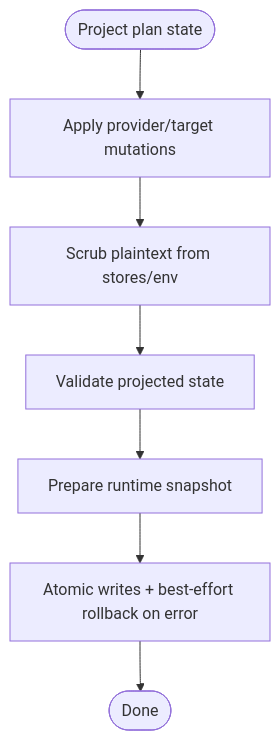
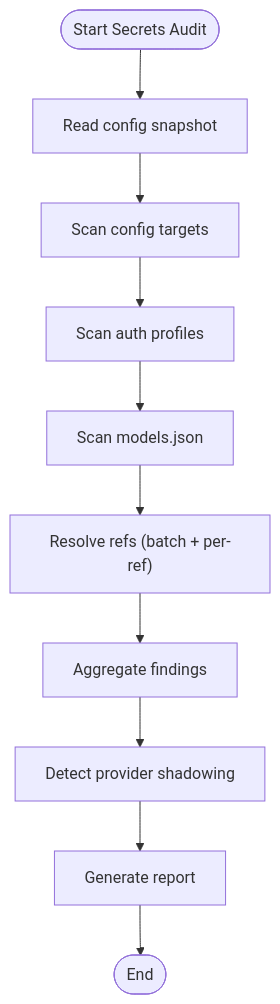
The fifth of 7 diagrams in repowiki/en/content/Configuration Management/Security Configuration.md (botx-work/OpenClaw-Internals), drawn with Mermaid before and after one commit. The commit also changed other lines of this file and 332 other files, not shown here.

````diff
--- a/repowiki/en/content/Configuration Management/Security Configuration.md
+++ b/repowiki/en/content/Configuration Management/Security Configuration.md
@@ -226,9 +240,12 @@
 ```mermaid
 flowchart TD
-PStart(["Project plan state"]) --> Mutate["Apply provider/target mutations"]
-Mutate --> Scrub["Scrub plaintext from stores/env"]
-Scrub --> Validate["Validate projected state"]
-Validate --> Snapshot["Prepare runtime snapshot"]
-Snapshot --> Write["Atomic writes + best-effort rollback on error"]
-Write --> PEnd(["Done"])
+Start(["Start Secrets Audit"]) --> ReadCfg["Read config snapshot"]
+ReadCfg --> ScanCfg["Scan config targets"]
+ScanCfg --> ScanAuth["Scan auth profiles"]
+ScanAuth --> ScanModels["Scan models.json"]
+ScanModels --> ResolveRefs["Resolve refs (batch + per-ref)"]
+ResolveRefs --> Findings["Aggregate findings"]
+Findings --> Shadowing["Detect provider shadowing"]
+Shadowing --> Report["Generate report"]
+Report --> End(["End"])
 ```
````
